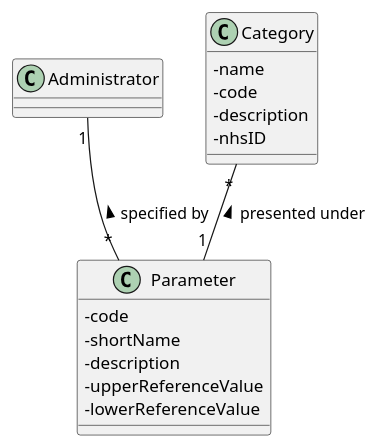
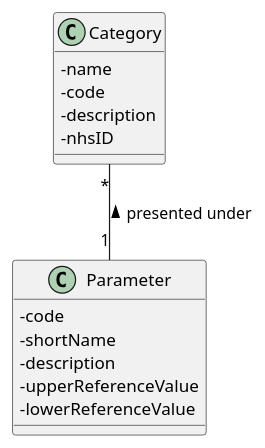
One commit to MadDinosaur/ISEP-LAPR2 changed the diagram in docs/SprintC/US10/US10_DM.puml. Above: the diagram before and after it, drawn with PlantUML. The commit also changed 7 other files, not shown here.

```diff
--- a/docs/SprintC/US10/US10_DM.puml
+++ b/docs/SprintC/US10/US10_DM.puml
@@ -1,24 +1,22 @@
 @startuml
 
 skinparam classAttributeIconSize 0
 
-class Administrator
 class Parameter {
 -code
 -shortName
 -description
 -upperReferenceValue
 -lowerReferenceValue
 }
 
 class Category {
 -name
 -code
 -description
 -nhsID
 }
 
 Category "*"--"1" Parameter : presented under <
-Parameter "*"-up-"1" Administrator : specified by >
 
 @enduml
```
